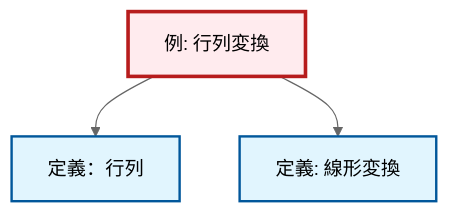
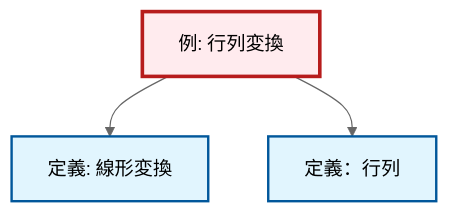
One commit to RK0429/ModernMath changed the diagram in output/mermaid/ja/ex-matrix-transformation.mermaid. Above: the diagram before and after it, drawn with Mermaid (neutral theme). The commit also changed other lines of this file and 3096 other files, not shown here.

```diff
--- a/output/mermaid/ja/ex-matrix-transformation.mermaid
+++ b/output/mermaid/ja/ex-matrix-transformation.mermaid
@@ -1,12 +1,12 @@
 graph TD
     classDef definition fill:#e1f5fe,stroke:#01579b,stroke-width:2px
     classDef theorem fill:#f3e5f5,stroke:#4a148c,stroke-width:2px
     classDef axiom fill:#fff3e0,stroke:#e65100,stroke-width:2px
     classDef example fill:#e8f5e9,stroke:#1b5e20,stroke-width:2px
     classDef current fill:#ffebee,stroke:#b71c1c,stroke-width:3px
+    def-matrix["定義：行列"]:::definition
     def-linear-transformation["定義: 線形変換"]:::definition
     ex-matrix-transformation["例: 行列変換"]:::example
-    def-matrix["定義：行列"]:::definition
+    ex-matrix-transformation --> def-linear-transformation
     ex-matrix-transformation --> def-matrix
-    ex-matrix-transformation --> def-linear-transformation
     class ex-matrix-transformation current
```
